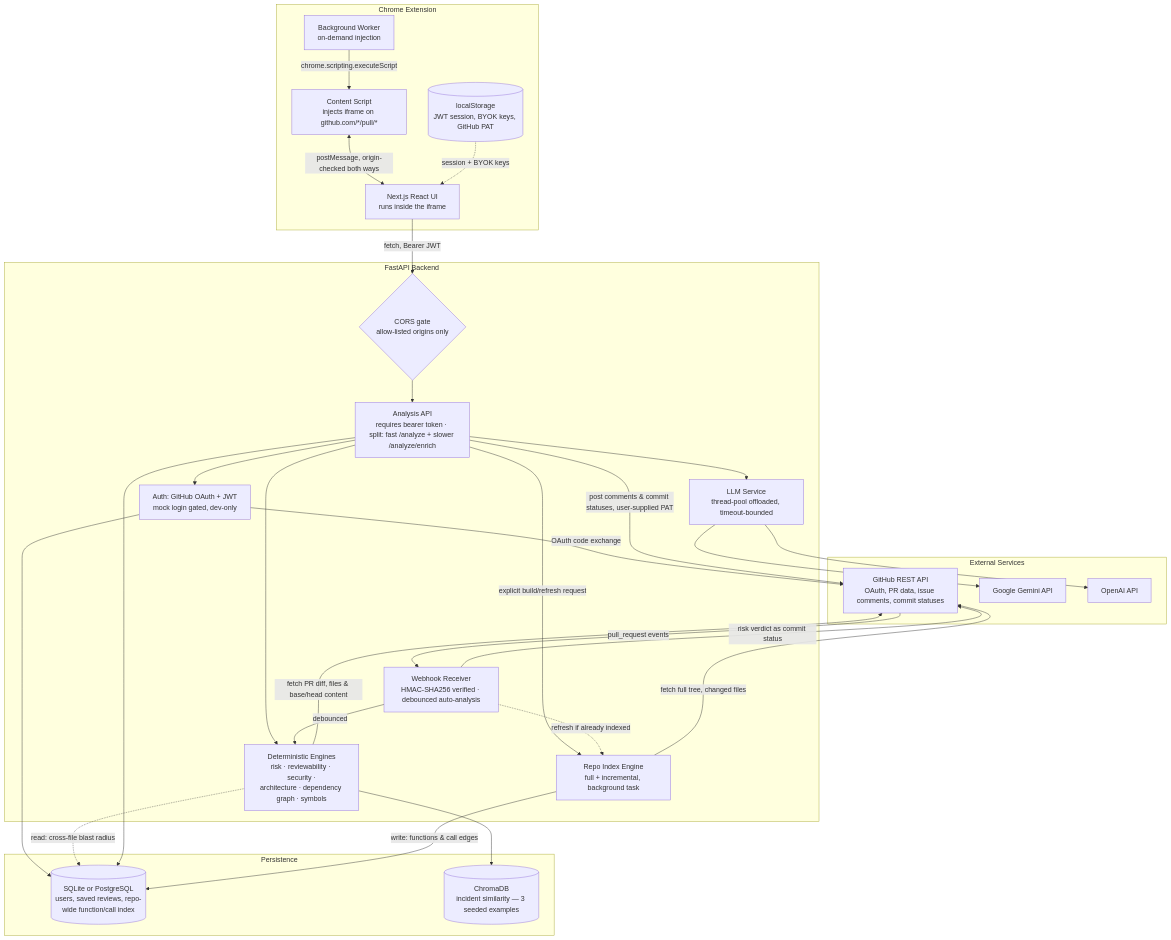
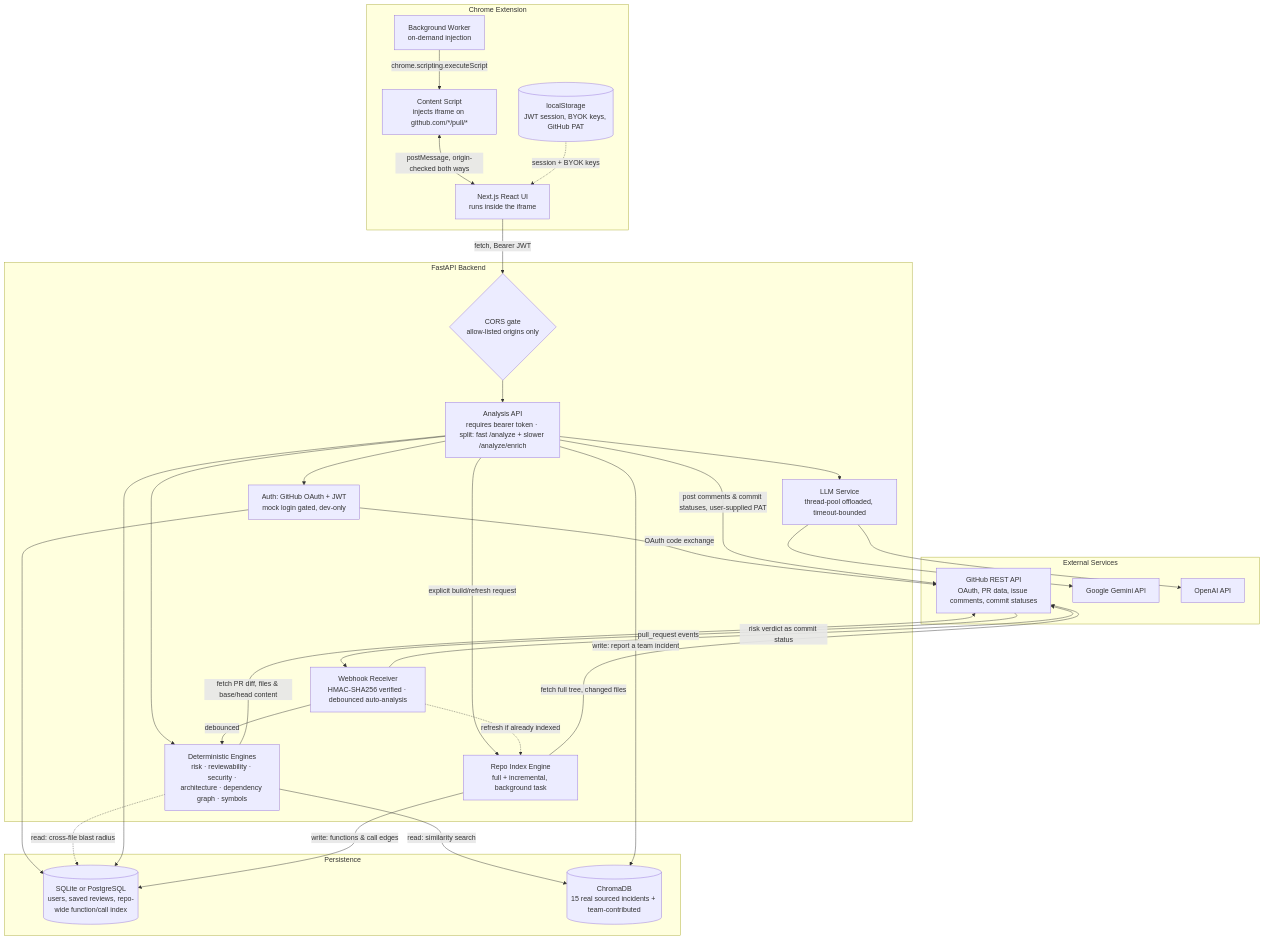
Before and after one commit to kankaniakshat185/prscope-pr-review-intelligence: the diagram in README.md, drawn with Mermaid. The commit also changed other lines of this file and 18 other files, not shown here.

````diff
--- a/README.md
+++ b/README.md
@@ -69,56 +100,57 @@
 ```mermaid
 graph TD
     subgraph Client [Chrome Extension]
         CS[Content Script<br/>injects iframe on github.com/*/pull/*]
         BS[Background Worker<br/>on-demand injection]
         UI[Next.js React UI<br/>runs inside the iframe]
         Storage[(localStorage<br/>JWT session, BYOK keys, GitHub PAT)]
     end
 
     subgraph Backend [FastAPI Backend]
         CORS{CORS gate<br/>allow-listed origins only}
         Auth[Auth: GitHub OAuth + JWT<br/>mock login gated, dev-only]
         API[Analysis API<br/>requires bearer token · split: fast /analyze + slower /analyze/enrich]
         Engines[Deterministic Engines<br/>risk · reviewability · security ·<br/>architecture · dependency graph · symbols]
         Indexer[Repo Index Engine<br/>full + incremental, background task]
         LLMSvc[LLM Service<br/>thread-pool offloaded, timeout-bounded]
         Webhook[Webhook Receiver<br/>HMAC-SHA256 verified · debounced auto-analysis]
     end
 
     subgraph Data [Persistence]
         DB[(SQLite or PostgreSQL<br/>users, saved reviews, repo-wide function/call index)]
-        Chroma[(ChromaDB<br/>incident similarity — 3 seeded examples)]
+        Chroma[(ChromaDB<br/>15 real sourced incidents + team-contributed)]
     end
 
     subgraph External [External Services]
         GH[GitHub REST API<br/>OAuth, PR data, issue comments, commit statuses]
         Gemini[Google Gemini API]
         OpenAI[OpenAI API]
     end
 
     BS -->|chrome.scripting.executeScript| CS
     CS <-->|postMessage, origin-checked both ways| UI
     UI -->|fetch, Bearer JWT| CORS --> API
     Storage -.->|session + BYOK keys| UI
 
     API --> Auth
     Auth -->|OAuth code exchange| GH
     Auth --> DB
     API --> Engines
     Engines -->|fetch PR diff, files & base/head content| GH
     Engines -.->|read: cross-file blast radius| DB
     API -->|post comments & commit statuses, user-supplied PAT| GH
-    Engines --> Chroma
+    Engines -->|read: similarity search| Chroma
+    API -->|write: report a team incident| Chroma
     API --> LLMSvc
     LLMSvc --> Gemini
     LLMSvc --> OpenAI
     API --> DB
     API -->|explicit build/refresh request| Indexer
     Indexer -->|fetch full tree, changed files| GH
     Indexer -->|write: functions & call edges| DB
 
     GH -->|pull_request events| Webhook
     Webhook -->|debounced| Engines
     Webhook -.->|refresh if already indexed| Indexer
     Webhook -->|risk verdict as commit status| GH
 ```
````
